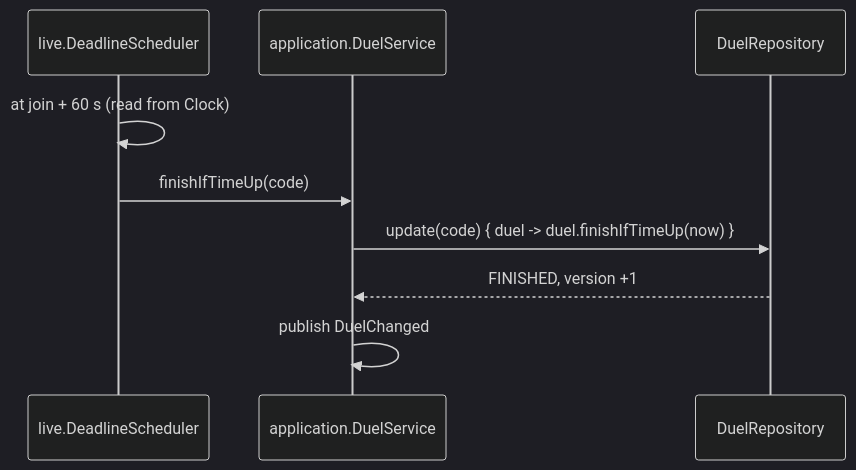
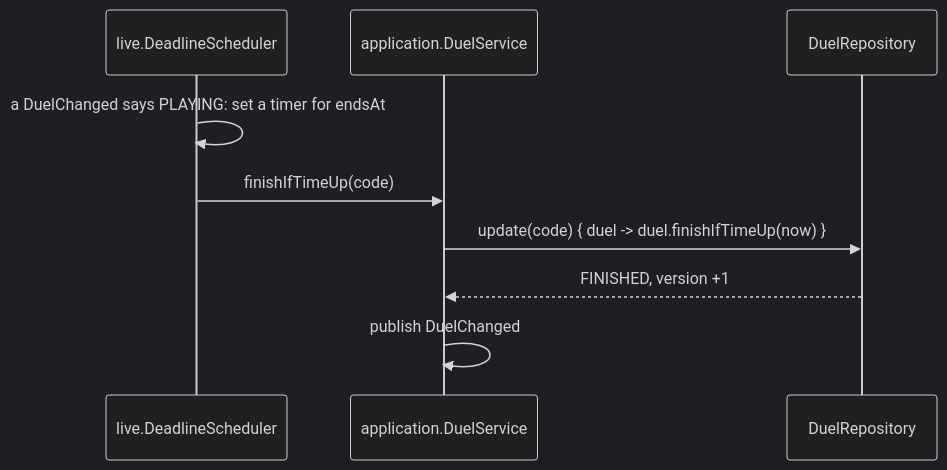
The third of 4 diagrams in site/src/content/docs/maths/0029-design-doc.mdx (harijoshi07/backend-engineering), drawn with Mermaid (dark theme) before and after one commit. The commit also changed other lines of this file and 9 other files, not shown here.

````diff
--- a/site/src/content/docs/maths/0029-design-doc.mdx
+++ b/site/src/content/docs/maths/0029-design-doc.mdx
@@ -274,11 +280,11 @@
 ```mermaid
 sequenceDiagram
     participant T as live.DeadlineScheduler
     participant S as application.DuelService
     participant R as DuelRepository
-    T->>T: at join + 60 s (read from Clock)
+    T->>T: a DuelChanged says PLAYING: set a timer for endsAt
     T->>S: finishIfTimeUp(code)
     S->>R: update(code) { duel -> duel.finishIfTimeUp(now) }
     R-->>S: FINISHED, version +1
     S->>S: publish DuelChanged
 ```
````
